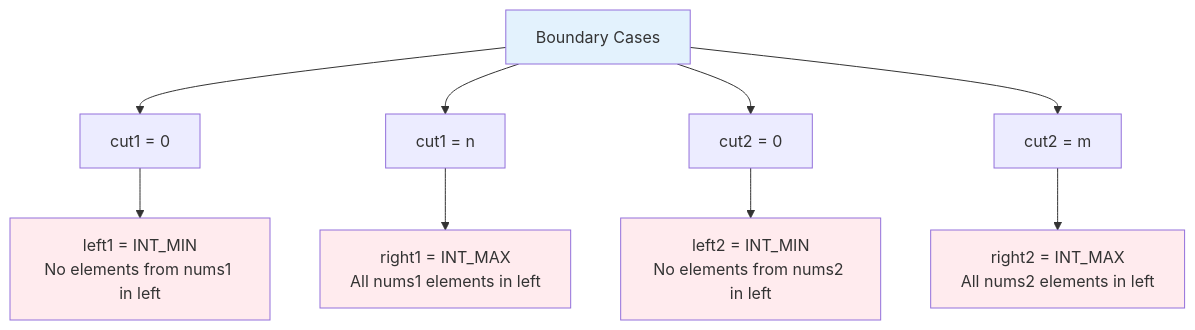
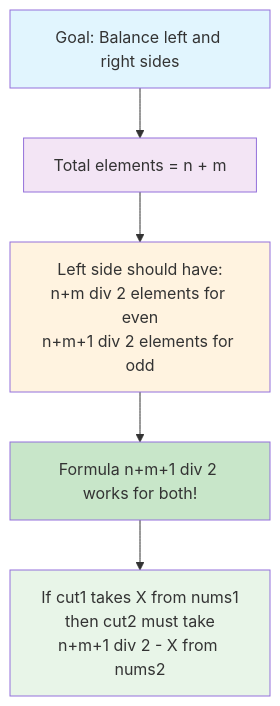
The ninth of 25 diagrams in Day_043/README.md (LuckyLongre123/DSA_CPP), drawn with Mermaid before and after one commit. The commit also changed other lines of this file and 10 other files, not shown here.

````diff
--- a/Day_043/README.md
+++ b/Day_043/README.md
@@ -242,18 +495,13 @@
 ```mermaid
 flowchart TD
-    A[Boundary Cases] --> B[cut1 = 0]
-    A --> C[cut1 = n]
-    A --> D[cut2 = 0]
-    A --> E[cut2 = m]
+    A["Goal: Balance left and right sides"] --> B["Total elements = n + m"]
+    B --> C["Left side should have:<br/>n+m div 2 elements for even<br/>n+m+1 div 2 elements for odd"]
+    C --> D["Formula n+m+1 div 2 works for both!"]
+    D --> E["If cut1 takes X from nums1<br/>then cut2 must take<br/>n+m+1 div 2 - X from nums2"]
     
-    B --> F[left1 = INT_MIN<br/>No elements from nums1 in left]
-    C --> G[right1 = INT_MAX<br/>All nums1 elements in left]
-    D --> H[left2 = INT_MIN<br/>No elements from nums2 in left]
-    E --> I[right2 = INT_MAX<br/>All nums2 elements in left]
-    
-    style A fill:#e3f2fd
-    style F fill:#ffebee
-    style G fill:#ffebee
-    style H fill:#ffebee
-    style I fill:#ffebee
+    style A fill:#e1f5fe
+    style B fill:#f3e5f5
+    style C fill:#fff3e0
+    style D fill:#c8e6c9
+    style E fill:#e8f5e8
 ```
````
